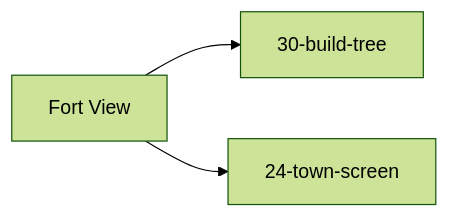
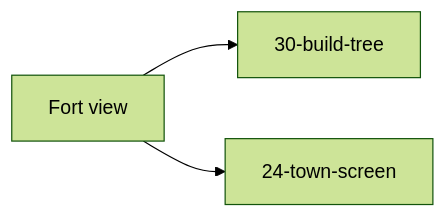
One commit to SunaNoOshiro/Heroes_Reforged_AI_Realms changed the fifth of 5 diagrams in docs/architecture/wiki/screens/34-fort-view/architecture.md. Above: the diagram before and after it, drawn with Mermaid (forest theme). The commit also changed other lines of this file and 518 other files, not shown here.

First line of the commit message:
Add doc-audit skill and sweep architecture/screen docs

````diff
--- a/docs/architecture/wiki/screens/34-fort-view/architecture.md
+++ b/docs/architecture/wiki/screens/34-fort-view/architecture.md
@@ -68,6 +87,6 @@
 ```mermaid
 flowchart LR
-  Current["Fort View"]
+  Current["Fort view"]
   Current --> T0["30-build-tree"]
   Current --> T1["24-town-screen"]
 ```
````
